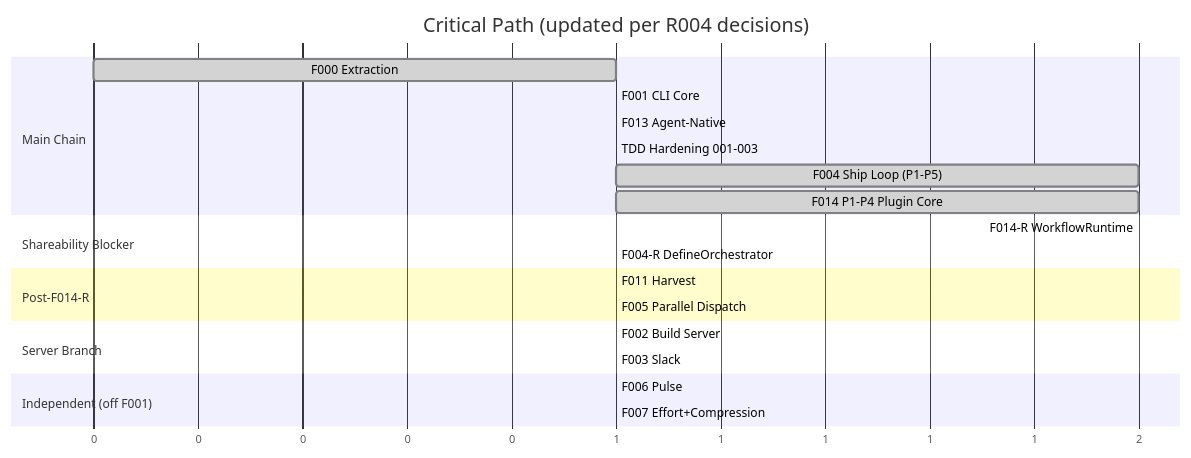
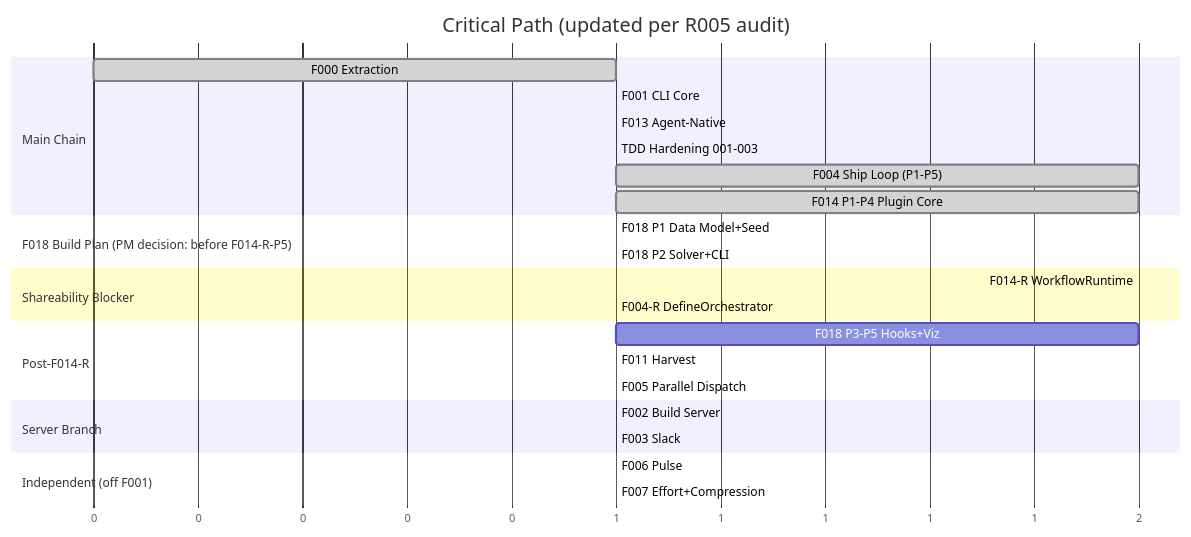
The second of 2 diagrams in specs/000-build-plan.md (gforge-esc/gwrk), drawn with Mermaid before and after one commit. The commit also changed other lines of this file, not shown here.

First line of the commit message:
docs: build plan v14 — R005 audit + F018

````diff
--- a/specs/000-build-plan.md
+++ b/specs/000-build-plan.md
@@ -66,30 +74,35 @@
 ```mermaid
 gantt
-    title Critical Path (updated per R004 decisions)
+    title Critical Path (updated per R005 audit)
     dateFormat X
     axisFormat %s
 
     section Main Chain
     F000 Extraction          :done,    f000, 0, 1
     F001 CLI Core            :done,    f001, after f000, 1
     F013 Agent-Native        :done,    f013, after f001, 1
     TDD Hardening 001-003   :done,    tdd,  after f013, 1
     F004 Ship Loop (P1-P5)   :done,    f004, after tdd, 2
     F014 P1-P4 Plugin Core   :done,    f014, after f001, 2
 
+    section F018 Build Plan (PM decision: before F014-R-P5)
+    F018 P1 Data Model+Seed  :active,  f018p1, after f014, 1
+    F018 P2 Solver+CLI       :         f018p2, after f018p1, 1
+
     section Shareability Blocker
     F014-R WorkflowRuntime   :crit,    f014r, after f014, 2
     F004-R DefineOrchestrator:         f004rd, after f014r, 1
 
     section Post-F014-R
+    F018 P3-P5 Hooks+Viz     :         f018p3, after f018p2, 2
     F011 Harvest             :         f011, after f004, 1
     F005 Parallel Dispatch   :         f005, after f014r, 1
 
     section Server Branch
     F002 Build Server        :done,    f002, after tdd, 1
     F003 Slack               :done,    f003, after f002, 1
 
     section Independent (off F001)
     F006 Pulse               :         f006, after f001, 1
     F007 Effort+Compression  :         f007, after f001, 1
 ```
````
